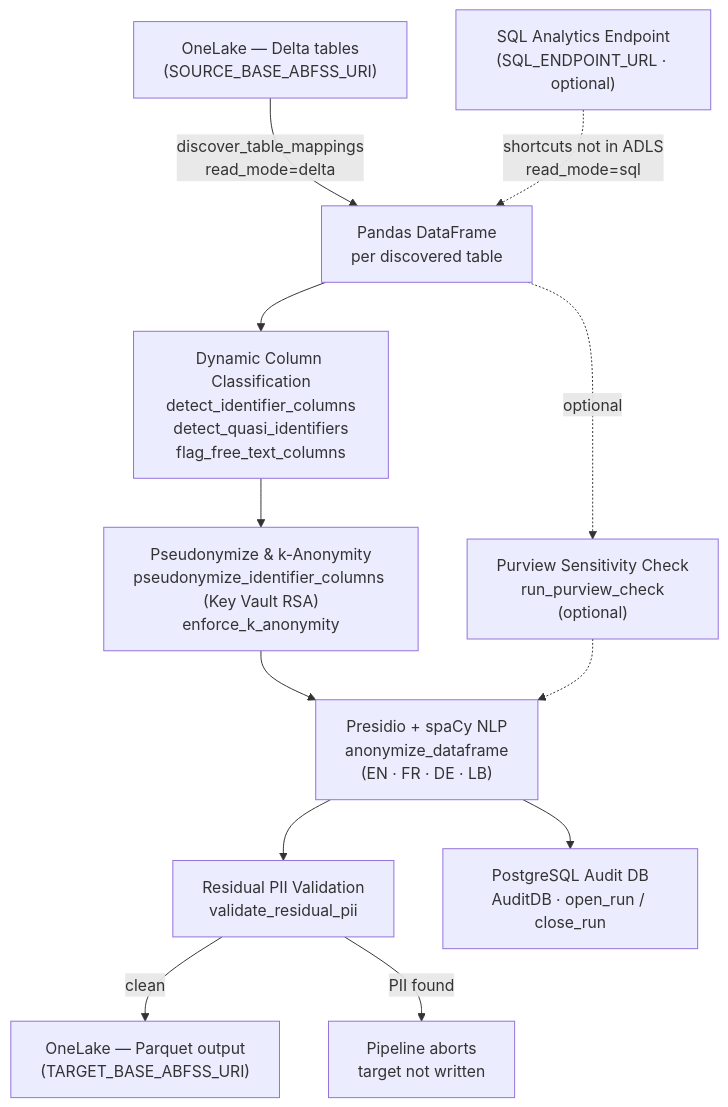
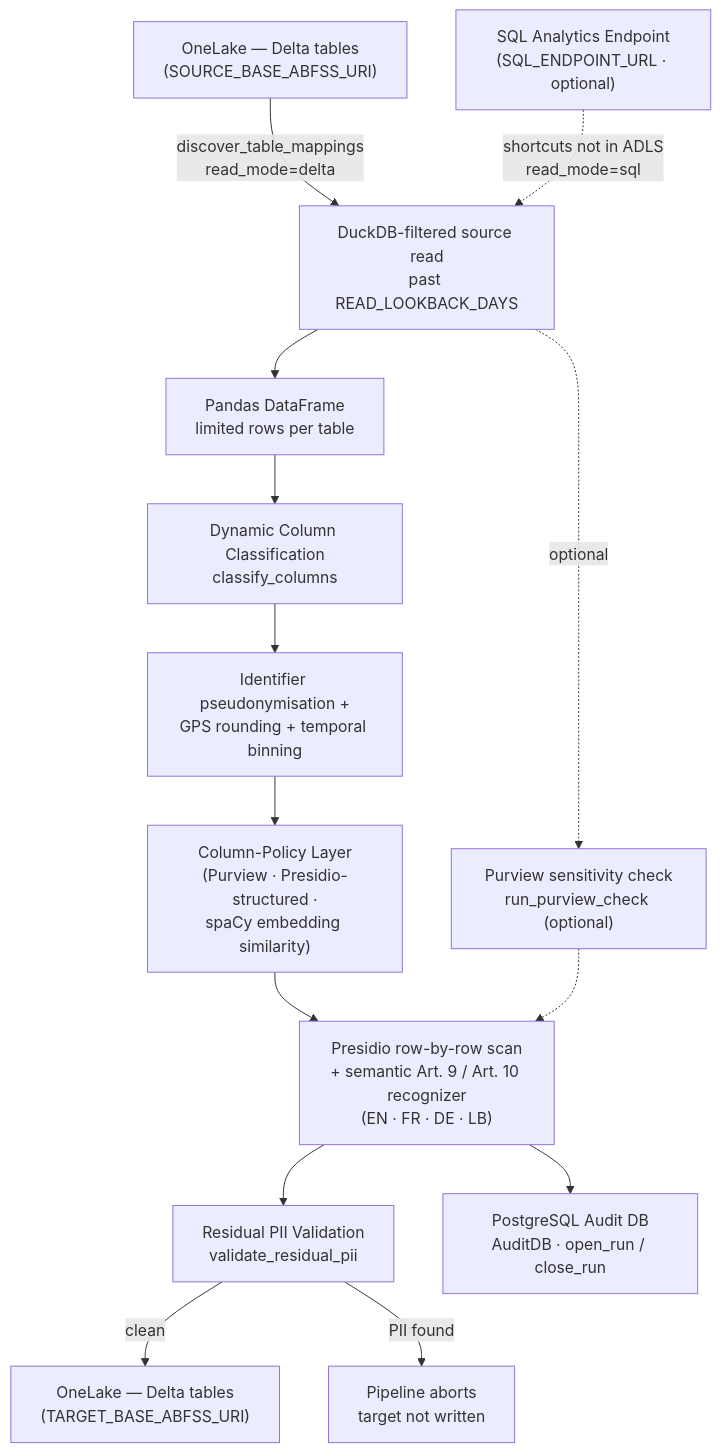
Before and after one commit to scardoso-lu/data-hide: the diagram in README.md, drawn with Mermaid. The commit also changed other lines of this file and 21 other files, not shown here.

````diff
--- a/README.md
+++ b/README.md
@@ -9,26 +11,30 @@
 ```mermaid
 flowchart TD
     A["OneLake — Delta tables\n(SOURCE_BASE_ABFSS_URI)"]
     A2["SQL Analytics Endpoint\n(SQL_ENDPOINT_URL · optional)"]
-    B["Pandas DataFrame\nper discovered table"]
-    C["Dynamic Column Classification\ndetect_identifier_columns\ndetect_quasi_identifiers\nflag_free_text_columns"]
-    D["Pseudonymize & k-Anonymity\npseudonymize_identifier_columns (Key Vault RSA)\nenforce_k_anonymity"]
-    E["Presidio + spaCy NLP\nanonymize_dataframe\n(EN · FR · DE · LB)"]
-    F["Purview Sensitivity Check\nrun_purview_check\n(optional)"]
+    B["DuckDB-filtered source read\npast READ_LOOKBACK_DAYS"]
+    B2["Pandas DataFrame\nlimited rows per table"]
+    C["Dynamic Column Classification\nclassify_columns"]
+    D["Identifier pseudonymisation +\nGPS rounding + temporal binning"]
+    CP["Column-Policy Layer\n(Purview · Presidio-structured ·\nspaCy embedding similarity)"]
+    E["Presidio row-by-row scan\n+ semantic Art. 9 / Art. 10 recognizer\n(EN · FR · DE · LB)"]
+    F["Purview sensitivity check\nrun_purview_check (optional)"]
     G["Residual PII Validation\nvalidate_residual_pii"]
-    H["OneLake — Parquet output\n(TARGET_BASE_ABFSS_URI)"]
+    H["OneLake — Delta tables\n(TARGET_BASE_ABFSS_URI)"]
     I["Pipeline aborts\ntarget not written"]
     J["PostgreSQL Audit DB\nAuditDB · open_run / close_run"]
 
     A -->|"discover_table_mappings\nread_mode=delta"| B
     A2 -.->|"shortcuts not in ADLS\nread_mode=sql"| B
-    B --> C
+    B --> B2
+    B2 --> C
     C --> D
-    D --> E
+    D --> CP
+    CP --> E
     B -.->|optional| F
     F -.-> E
     E --> G
     G -->|clean| H
     G -->|PII found| I
     E --> J
 ```
````
